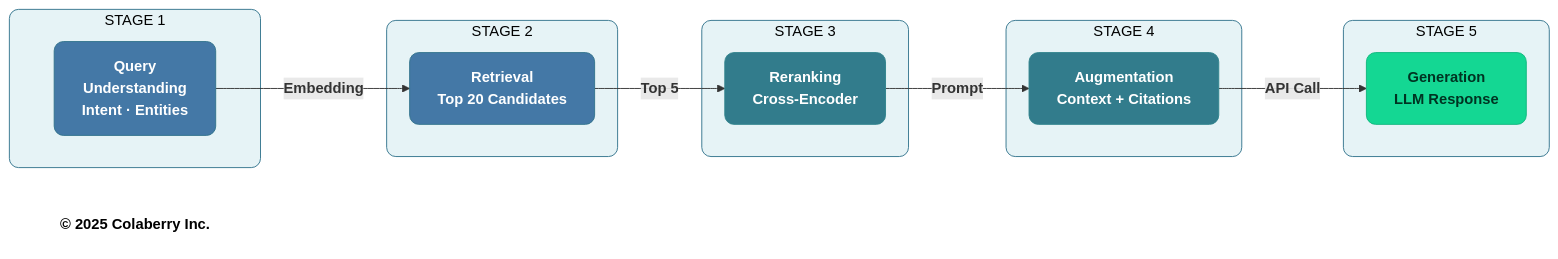
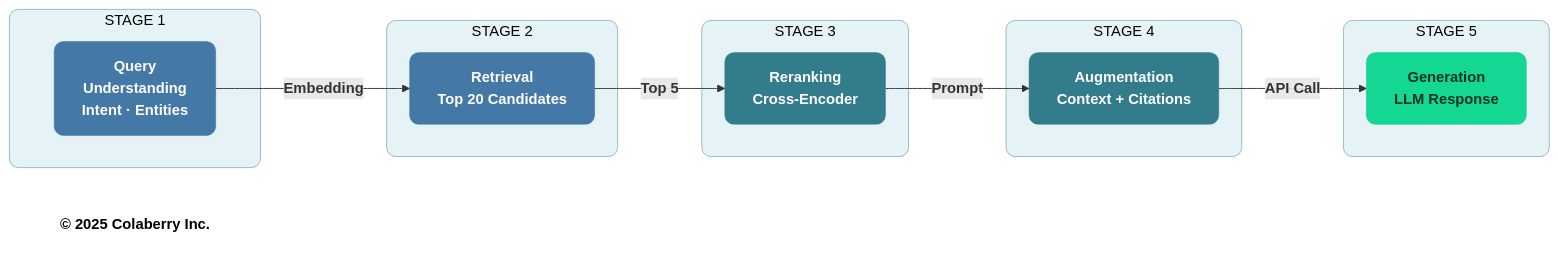
The fifth of 7 diagrams in manuscript/11_chapter_10_week_by_week_implementation.md (saitejesh-cyber/trust-before-intelligence-book), drawn with Mermaid before and after one commit. The commit also changed other lines of this file and 12 other files, not shown here.

Commit message:
Update stroke width to 0.5px instead of 1px to all the diagrams

````diff
--- a/manuscript/11_chapter_10_week_by_week_implementation.md
+++ b/manuscript/11_chapter_10_week_by_week_implementation.md
@@ -862,38 +862,38 @@
 ```mermaid
 graph LR
     subgraph STAGE1["STAGE 1"]
         S1["<b>Query<br/>Understanding</b><br/><b>Intent · Entities</b>"]
     end
     
     subgraph STAGE2["STAGE 2"]
         S2["<b>Retrieval</b><br/><b>Top 20 Candidates</b>"]
     end
     
     subgraph STAGE3["STAGE 3"]
         S3["<b>Reranking</b><br/><b>Cross-Encoder</b>"]
     end
     
     subgraph STAGE4["STAGE 4"]
         S4["<b>Augmentation</b><br/><b>Context + Citations</b>"]
     end
     
     subgraph STAGE5["STAGE 5"]
         S5["<b>Generation</b><br/><b>LLM Response</b>"]
     end
     
     S1 -->|<b>Embedding</b>| S2 -->|<b>Top 5</b>| S3 -->|<b>Prompt</b>| S4 -->|<b>API Call</b>| S5
     
     Copyright["<b>© 2025 Colaberry Inc.</b>"]
     
-    style STAGE1 fill:#E6F3F6,stroke:#32738C,stroke-width:1px,color:#000000,rx:10,ry:10
-    style STAGE2 fill:#E6F3F6,stroke:#32738C,stroke-width:1px,color:#000000,rx:10,ry:10
-    style STAGE3 fill:#E6F3F6,stroke:#32738C,stroke-width:1px,color:#000000,rx:10,ry:10
-    style STAGE4 fill:#E6F3F6,stroke:#32738C,stroke-width:1px,color:#000000,rx:10,ry:10
-    style STAGE5 fill:#E6F3F6,stroke:#32738C,stroke-width:1px,color:#000000,rx:10,ry:10
-    style S1 fill:#4478A6,stroke:#32738C,stroke-width:1px,color:#ffffff,rx:10,ry:10
-    style S2 fill:#4478A6,stroke:#32738C,stroke-width:1px,color:#ffffff,rx:10,ry:10
-    style S3 fill:#327C8C,stroke:#30838C,stroke-width:1px,color:#ffffff,rx:10,ry:10
-    style S4 fill:#327C8C,stroke:#30838C,stroke-width:1px,color:#ffffff,rx:10,ry:10
-    style S5 fill:#14D793,stroke:#0FB67D,stroke-width:1px,color:#003322,rx:10,ry:10
+    style STAGE1 fill:#E6F3F6,stroke:#32738C,stroke-width:0.5px,color:#000000,rx:10,ry:10
+    style STAGE2 fill:#E6F3F6,stroke:#32738C,stroke-width:0.5px,color:#000000,rx:10,ry:10
+    style STAGE3 fill:#E6F3F6,stroke:#32738C,stroke-width:0.5px,color:#000000,rx:10,ry:10
+    style STAGE4 fill:#E6F3F6,stroke:#32738C,stroke-width:0.5px,color:#000000,rx:10,ry:10
+    style STAGE5 fill:#E6F3F6,stroke:#32738C,stroke-width:0.5px,color:#000000,rx:10,ry:10
+    style S1 fill:#4478A6,stroke:#32738C,stroke-width:0.5px,color:#ffffff,rx:10,ry:10
+    style S2 fill:#4478A6,stroke:#32738C,stroke-width:0.5px,color:#ffffff,rx:10,ry:10
+    style S3 fill:#327C8C,stroke:#30838C,stroke-width:0.5px,color:#ffffff,rx:10,ry:10
+    style S4 fill:#327C8C,stroke:#30838C,stroke-width:0.5px,color:#ffffff,rx:10,ry:10
+    style S5 fill:#14D793,stroke:#0FB67D,stroke-width:0.5px,color:#003322,rx:10,ry:10
     style Copyright fill:none,stroke:none,color:#000000
 ```
````
